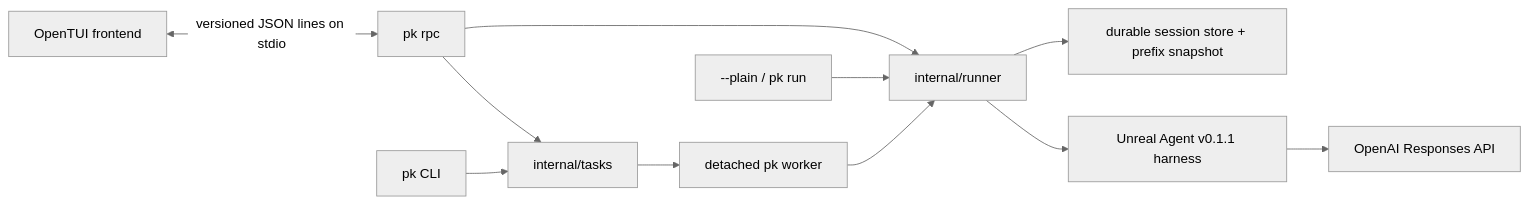
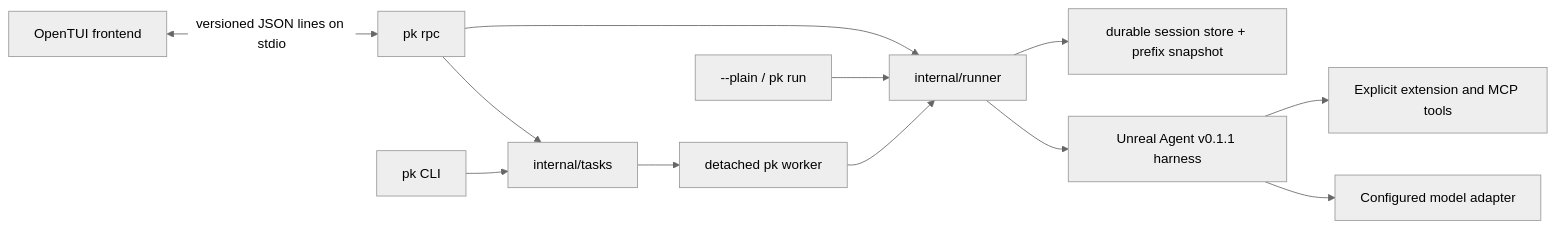
The diagram in docs/architecture.md (pkyanam/pk), drawn with Mermaid (neutral theme) before and after one commit. The commit also changed other lines of this file, not shown here.

````diff
--- a/docs/architecture.md
+++ b/docs/architecture.md
@@ -7,13 +7,14 @@
 ```mermaid
 flowchart LR
     UI[OpenTUI frontend] <-->|versioned JSON lines on stdio| RPC[pk rpc]
     CLI[pk CLI] --> TASKS[internal/tasks]
     RPC --> TASKS
     TASKS --> WORKER[detached pk worker]
     RPC --> RUNNER[internal/runner]
     WORKER --> RUNNER
     PLAIN[--plain / pk run] --> RUNNER
     RUNNER --> HARNESS[Unreal Agent v0.1.1 harness]
     RUNNER --> STORE[durable session store + prefix snapshot]
-    HARNESS --> PROVIDER[OpenAI Responses API]
+    HARNESS --> PROVIDER[Configured model adapter]
+    HARNESS --> INTEGRATIONS[Explicit extension and MCP tools]
 ```
````
